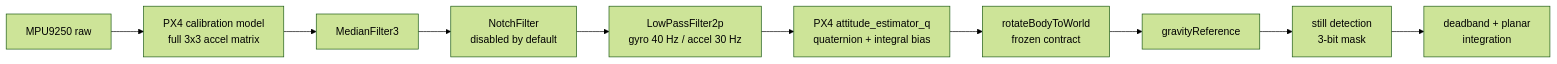
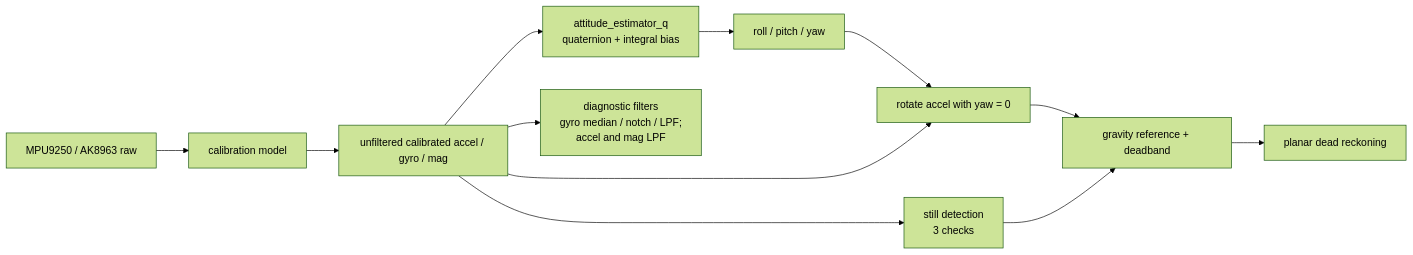
One commit to VILS-LAB/crawling-bot-v2 changed the third of 3 diagrams in docs/imu/IMPLEMENTATION_HISTORY.md. Above: the diagram before and after it, drawn with Mermaid (forest theme). The commit also changed other lines of this file and 11 other files, not shown here.

````diff
--- a/docs/imu/IMPLEMENTATION_HISTORY.md
+++ b/docs/imu/IMPLEMENTATION_HISTORY.md
@@ -334,12 +341,14 @@
 ```mermaid
 graph LR
-    A["MPU9250 raw"] --> B["PX4 calibration model<br/>full 3x3 accel matrix"]
-    B --> C["MedianFilter3"]
-    C --> D["NotchFilter<br/>disabled by default"]
-    D --> E["LowPassFilter2p<br/>gyro 40 Hz / accel 30 Hz"]
-    E --> F["PX4 attitude_estimator_q<br/>quaternion + integral bias"]
-    F --> G["rotateBodyToWorld<br/>frozen contract"]
-    G --> H["gravityReference"]
-    H --> I["still detection<br/>3-bit mask"]
-    I --> J["deadband + planar<br/>integration"]
+    A["MPU9250 / AK8963 raw"] --> B["calibration model"]
+    B --> C["unfiltered calibrated accel / gyro / mag"]
+    C --> D["attitude_estimator_q<br/>quaternion + integral bias"]
+    C --> E["diagnostic filters<br/>gyro median / notch / LPF;<br/>accel and mag LPF"]
+    D --> F["roll / pitch / yaw"]
+    C --> G["still detection<br/>3 checks"]
+    F --> H["rotate accel with yaw = 0"]
+    C --> H
+    H --> I["gravity reference + deadband"]
+    G --> I
+    I --> J["planar dead reckoning"]
 ```
````
